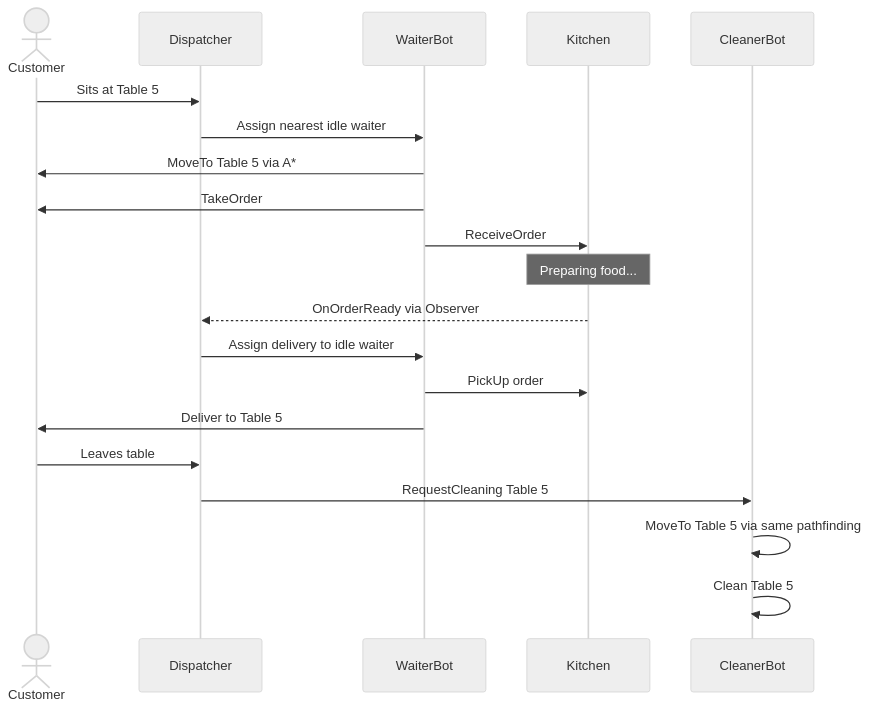
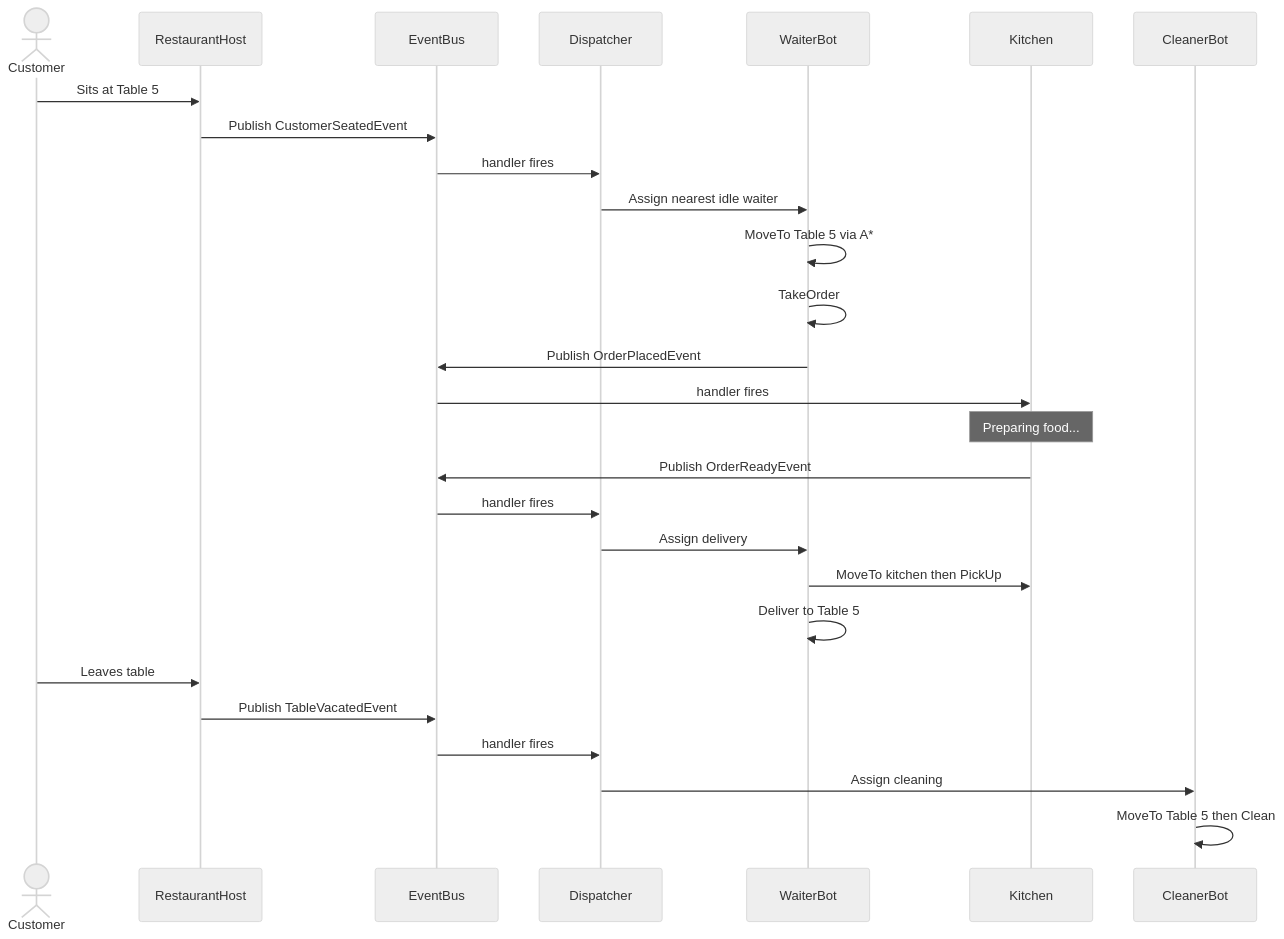
The seventh of 15 diagrams in Vault/Assets/Sr. AI Engineer - OOD Interview Prep.md (grafanaKibana/devbook.zip), drawn with Mermaid (neutral theme) before and after one commit. The commit also changed other lines of this file, not shown here.

````diff
--- a/Vault/Assets/Sr. AI Engineer - OOD Interview Prep.md
+++ b/Vault/Assets/Sr. AI Engineer - OOD Interview Prep.md
@@ -1328,26 +1354,33 @@
 ```mermaid
 sequenceDiagram
     actor CA as Customer
+    participant R as RestaurantHost
+    participant B as EventBus
     participant D as Dispatcher
     participant W as WaiterBot
     participant K as Kitchen
     participant Cl as CleanerBot
 
-    CA->>D: Sits at Table 5
+    CA->>R: Sits at Table 5
+    R->>B: Publish CustomerSeatedEvent
+    B->>D: handler fires
     D->>W: Assign nearest idle waiter
-    W->>CA: MoveTo Table 5 via A*
-    W->>CA: TakeOrder
-    W->>K: ReceiveOrder
+    W->>W: MoveTo Table 5 via A*
+    W->>W: TakeOrder
+    W->>B: Publish OrderPlacedEvent
+    B->>K: handler fires
 
     Note over K: Preparing food...
 
-    K-->>D: OnOrderReady via Observer
-    D->>W: Assign delivery to idle waiter
-    W->>K: PickUp order
-    W->>CA: Deliver to Table 5
+    K->>B: Publish OrderReadyEvent
+    B->>D: handler fires
+    D->>W: Assign delivery
+    W->>K: MoveTo kitchen then PickUp
+    W->>W: Deliver to Table 5
 
-    CA->>D: Leaves table
-    D->>Cl: RequestCleaning Table 5
-    Cl->>Cl: MoveTo Table 5 via same pathfinding
-    Cl->>Cl: Clean Table 5
+    CA->>R: Leaves table
+    R->>B: Publish TableVacatedEvent
+    B->>D: handler fires
+    D->>Cl: Assign cleaning
+    Cl->>Cl: MoveTo Table 5 then Clean
 ```
````
